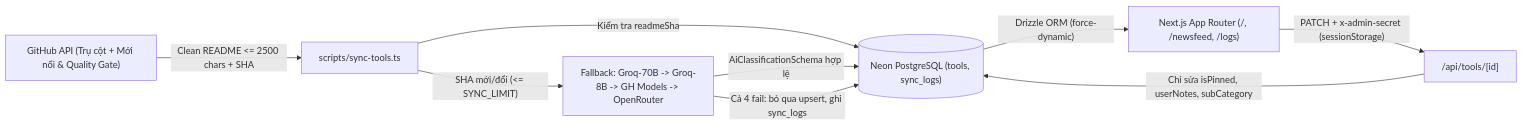
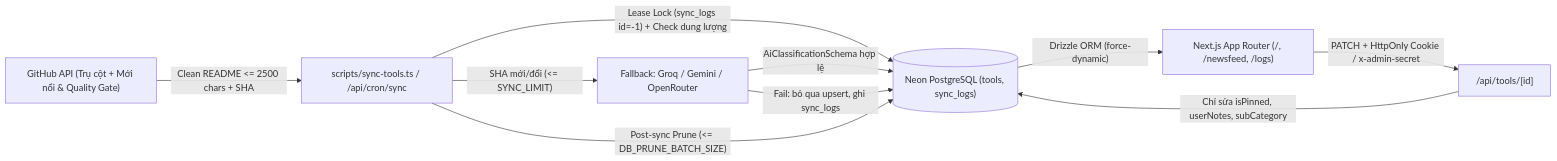
Before and after one commit to devhngg05/gifthub-crawl: the diagram in docs/ARCHITECTURE.md, drawn with Mermaid. The commit also changed other lines of this file and 21 other files, not shown here.

Commit message:
feat(sync): add continuous automated sync, lease lock, DB auto-pruning, and cron endpoint

````diff
--- a/docs/ARCHITECTURE.md
+++ b/docs/ARCHITECTURE.md
@@ -5,11 +5,12 @@
 ```mermaid
 flowchart LR
-    GH["GitHub API (Trụ cột + Mới nổi & Quality Gate)"] -->|"Clean README <= 2500 chars + SHA"| WK["scripts/sync-tools.ts"]
-    WK -->|"Kiểm tra readmeSha"| DB[("Neon PostgreSQL (tools, sync_logs)")]
-    WK -->|"SHA mới/đổi (<= SYNC_LIMIT)"| AI["Fallback: Groq-70B -> Groq-8B -> GH Models -> OpenRouter"]
+    GH["GitHub API (Trụ cột + Mới nổi & Quality Gate)"] -->|"Clean README <= 2500 chars + SHA"| WK["scripts/sync-tools.ts / /api/cron/sync"]
+    WK -->|"Lease Lock (sync_logs id=-1) + Check dung lượng"| DB[("Neon PostgreSQL (tools, sync_logs)")]
+    WK -->|"SHA mới/đổi (<= SYNC_LIMIT)"| AI["Fallback: Groq / Gemini / OpenRouter"]
     AI -->|"AiClassificationSchema hợp lệ"| DB
-    AI -->|"Cả 4 fail: bỏ qua upsert, ghi sync_logs"| DB
+    AI -->|"Fail: bỏ qua upsert, ghi sync_logs"| DB
+    WK -->|"Post-sync Prune (<= DB_PRUNE_BATCH_SIZE)"| DB
     DB -->|"Drizzle ORM (force-dynamic)"| UI["Next.js App Router (/, /newsfeed, /logs)"]
-    UI -->|"PATCH + x-admin-secret (sessionStorage)"| API["/api/tools/[id]"]
+    UI -->|"PATCH + HttpOnly Cookie / x-admin-secret"| API["/api/tools/[id]"]
     API -->|"Chỉ sửa isPinned, userNotes, subCategory"| DB
 ```
````
